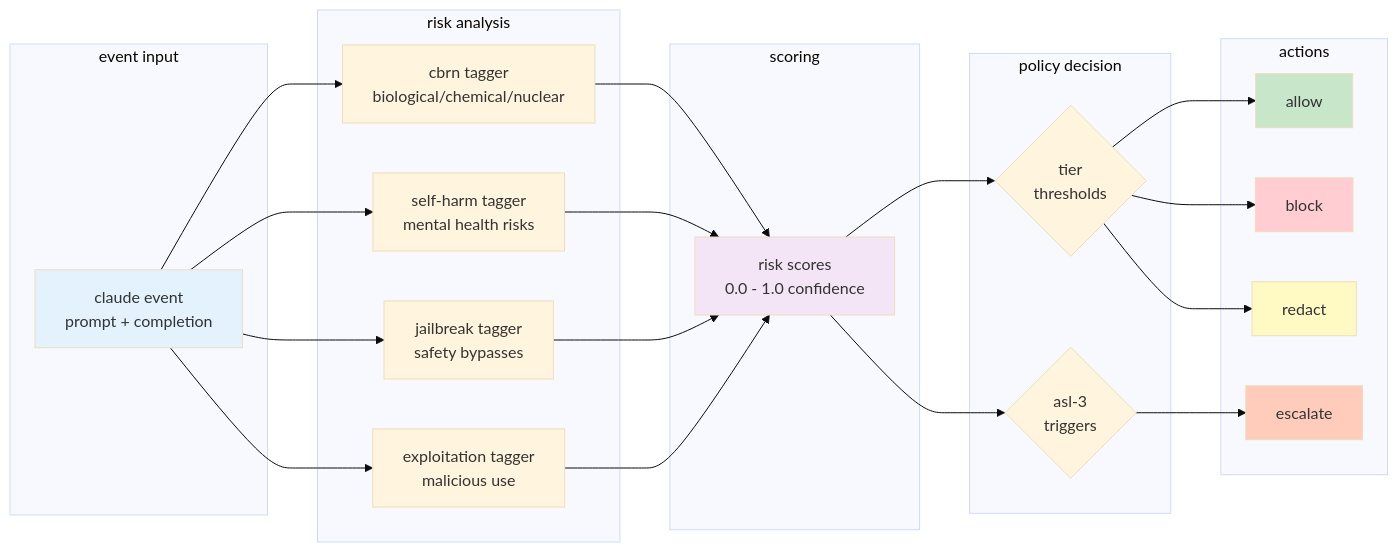
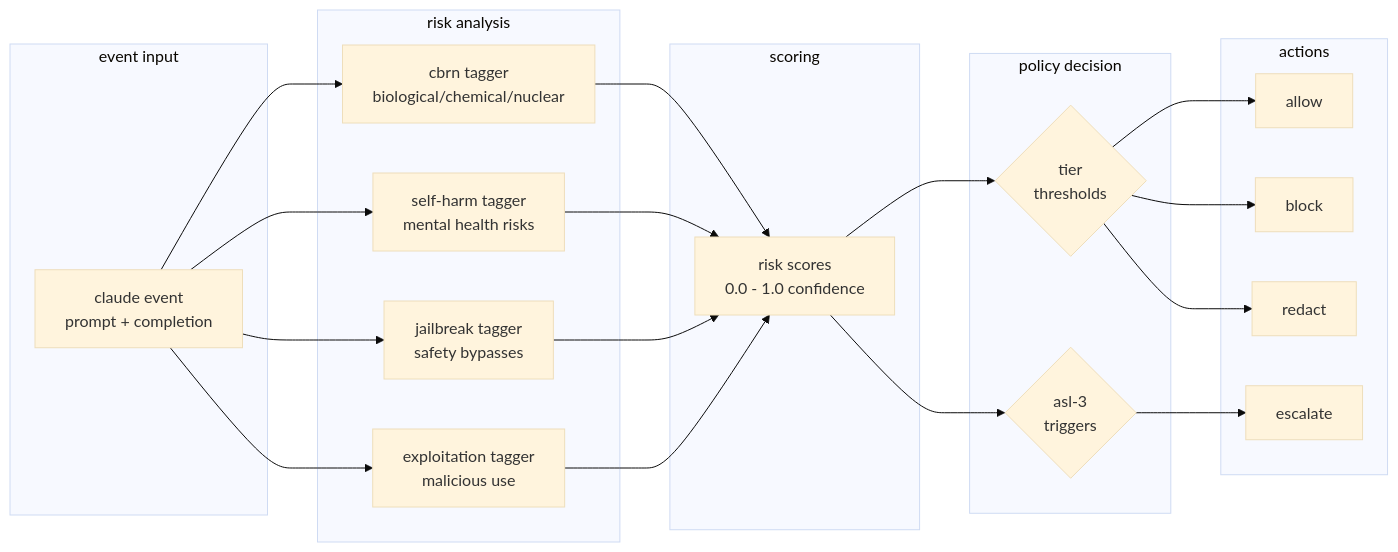
One commit to dipampaul17/cgcp changed the second of 4 diagrams in README.md. Above: the diagram before and after it, drawn with Mermaid (base theme). The commit also changed other lines of this file, not shown here.

Commit message:
fix mermaid diagrams for github rendering and center-align title

````diff
--- a/README.md
+++ b/README.md
@@ -131,42 +120,35 @@
 ```mermaid
 flowchart LR
     subgraph "event input"
         E[claude event<br/>prompt + completion]
     end
     
     subgraph "risk analysis"
         R1[cbrn tagger<br/>biological/chemical/nuclear]
         R2[self-harm tagger<br/>mental health risks]
         R3[jailbreak tagger<br/>safety bypasses]
         R4[exploitation tagger<br/>malicious use]
     end
     
     subgraph "scoring"
         S[risk scores<br/>0.0 - 1.0 confidence]
     end
     
     subgraph "policy decision"
         P1{tier<br/>thresholds}
         P2{asl-3<br/>triggers}
     end
     
     subgraph "actions"
         A1[allow]
         A2[block]
         A3[redact]
         A4[escalate]
     end
     
     E --> R1 & R2 & R3 & R4
     R1 & R2 & R3 & R4 --> S
     S --> P1 & P2
     P1 --> A1 & A2 & A3
     P2 --> A4
-    
-    style E fill:#e3f2fd
-    style S fill:#f3e5f5
-    style A1 fill:#c8e6c9
-    style A2 fill:#ffcdd2
-    style A3 fill:#fff9c4
-    style A4 fill:#ffccbc
 ```
````
